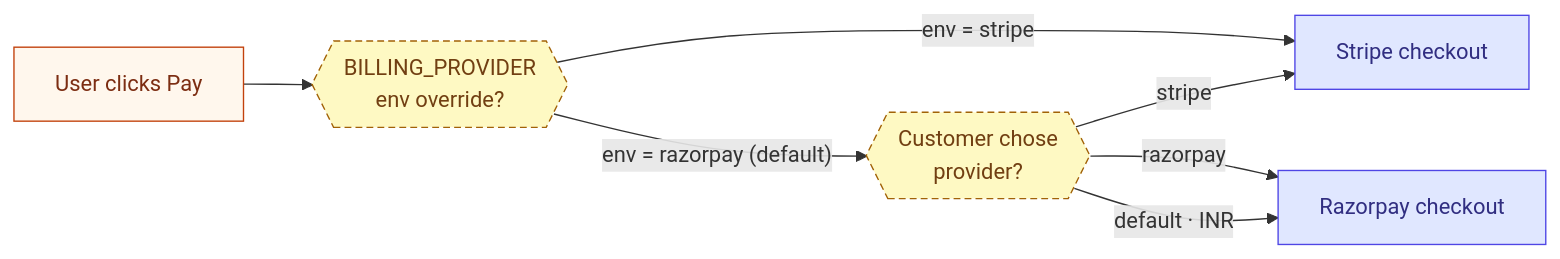
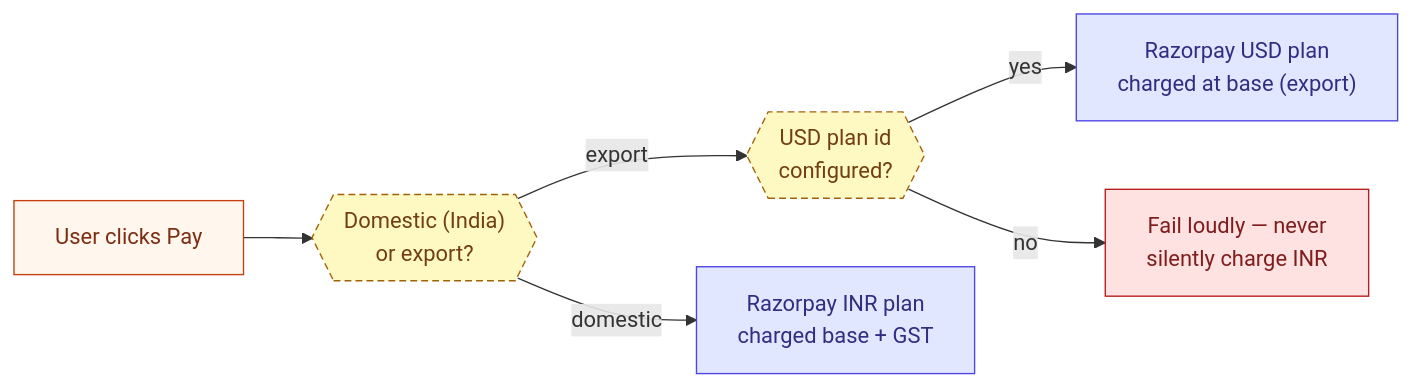
One commit to digibranders/oye-chats-platform changed the third of 3 diagrams in docs/system-design/docs/04-flows/billing-checkout.md. Above: the diagram before and after it, drawn with Mermaid. The commit also changed other lines of this file and 35 other files, not shown here.

First line of the commit message:
docs(system-design): the architecture site described a system two rewrites old

````diff
--- a/docs/system-design/docs/04-flows/billing-checkout.md
+++ b/docs/system-design/docs/04-flows/billing-checkout.md
@@ -132,19 +131,20 @@
 ```mermaid
 flowchart LR
     classDef start fill:#fff7ed,stroke:#c2410c,color:#7c2d12
     classDef gate fill:#fef9c3,stroke:#a16207,color:#713f12,stroke-dasharray:5 3
     classDef provider fill:#e0e7ff,stroke:#4f46e5,color:#312e81
+    classDef bad fill:#fee2e2,stroke:#b91c1c,color:#7f1d1d
 
     Start["User clicks Pay"]:::start
-    A{{"BILLING_PROVIDER<br/>env override?"}}:::gate
-    B{{"Customer chose<br/>provider?"}}:::gate
-    RZP["Razorpay checkout"]:::provider
-    Stripe["Stripe checkout"]:::provider
+    A{{"Domestic (India)<br/>or export?"}}:::gate
+    B{{"USD plan id<br/>configured?"}}:::gate
+    INR["Razorpay INR plan<br/>charged base + GST"]:::provider
+    USD["Razorpay USD plan<br/>charged at base (export)"]:::provider
+    Fail["Fail loudly — never<br/>silently charge INR"]:::bad
 
     Start --> A
-    A -- "env = stripe" --> Stripe
-    A -- "env = razorpay (default)" --> B
-    B -- "razorpay" --> RZP
-    B -- "stripe" --> Stripe
-    B -- "default · INR" --> RZP
+    A -- "domestic" --> INR
+    A -- "export" --> B
+    B -- "yes" --> USD
+    B -- "no" --> Fail
 ```
````
